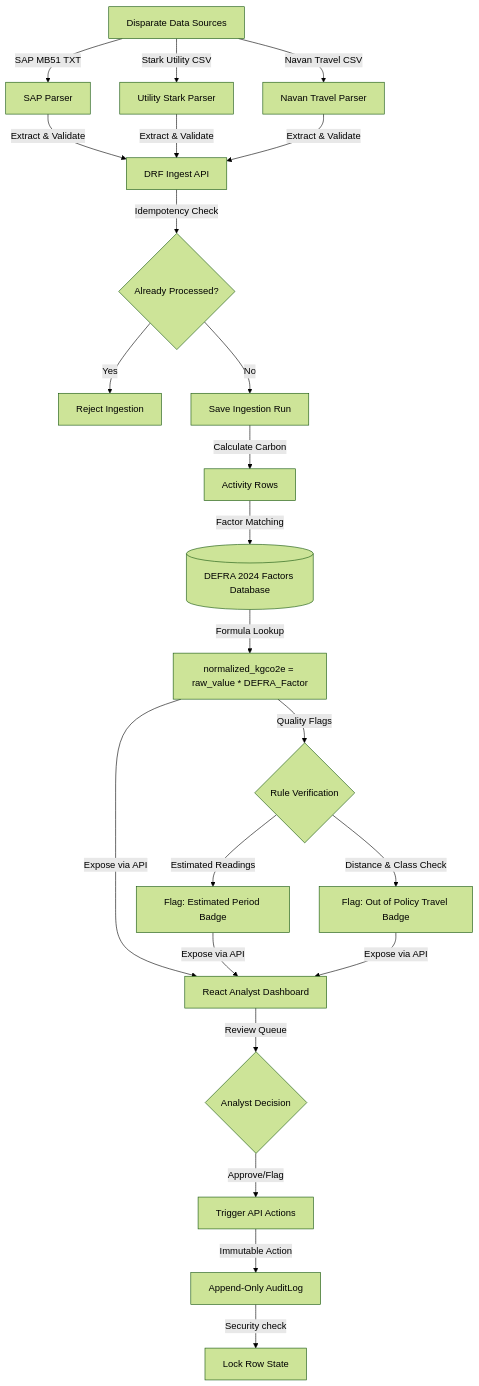
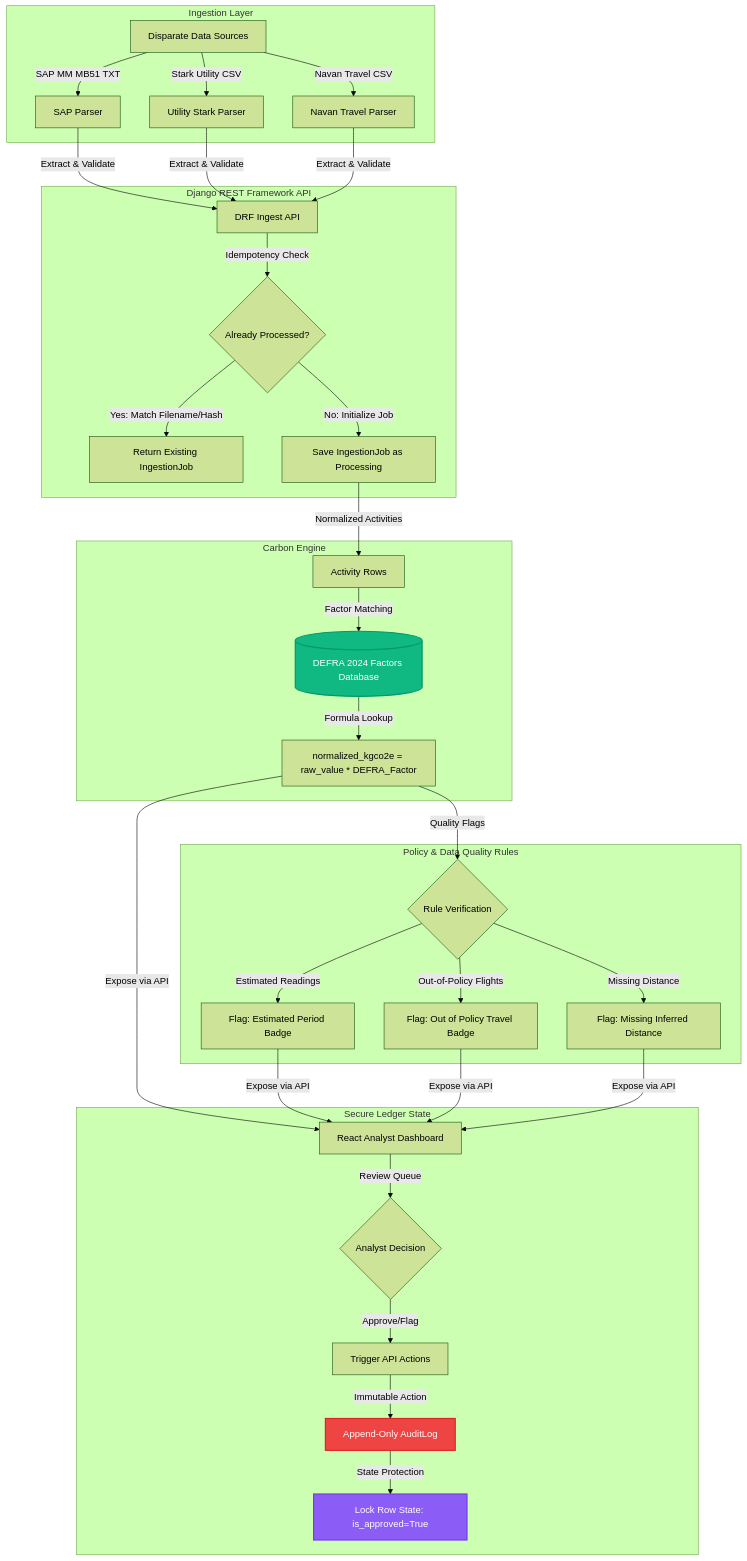
One commit to Manoj-0810/breathe-esg-analyst-portal changed the diagram in README.md. Above: the diagram before and after it, drawn with Mermaid (forest theme). The commit also changed other lines of this file, not shown here.

````diff
--- a/README.md
+++ b/README.md
@@ -13,26 +21,46 @@
 ```mermaid
 graph TD
-    A[Disparate Data Sources] -->|SAP MB51 TXT| B[SAP Parser]
-    A -->|Stark Utility CSV| C[Utility Stark Parser]
-    A -->|Navan Travel CSV| D[Navan Travel Parser]
-    
-    B & C & D -->|Extract & Validate| E[DRF Ingest API]
-    E -->|Idempotency Check| F{Already Processed?}
-    F -->|Yes| G[Reject Ingestion]
-    F -->|No| H[Save Ingestion Run]
-    
-    H -->|Calculate Carbon| I[Activity Rows]
-    I -->|Factor Matching| J[(DEFRA 2024 Factors Database)]
-    J -->|Formula Lookup| K[normalized_kgco2e = raw_value * DEFRA_Factor]
-    
-    K -->|Quality Flags| L{Rule Verification}
-    L -->|Estimated Readings| M[Flag: Estimated Period Badge]
-    L -->|Distance & Class Check| N[Flag: Out of Policy Travel Badge]
-    
-    K & M & N -->|Expose via API| O[React Analyst Dashboard]
-    
-    O -->|Review Queue| P{Analyst Decision}
-    P -->|Approve/Flag| Q[Trigger API Actions]
-    Q -->|Immutable Action| R[Append-Only AuditLog]
-    R -->|Security check| S[Lock Row State]
+    %% Ingestion Sources
+    subgraph Ingestion Layer
+        A[Disparate Data Sources] -->|SAP MM MB51 TXT| B[SAP Parser]
+        A -->|Stark Utility CSV| C[Utility Stark Parser]
+        A -->|Navan Travel CSV| D[Navan Travel Parser]
+    end
+
+    %% Ingestion API and DB Check
+    subgraph Django REST Framework API
+        B & C & D -->|Extract & Validate| E[DRF Ingest API]
+        E -->|Idempotency Check| F{Already Processed?}
+        F -->|Yes: Match Filename/Hash| G[Return Existing IngestionJob]
+        F -->|No: Initialize Job| H[Save IngestionJob as Processing]
+    end
+
+    %% Processing & Calculations
+    subgraph Carbon Engine
+        H -->|Normalized Activities| I[Activity Rows]
+        I -->|Factor Matching| J[(DEFRA 2024 Factors Database)]
+        J -->|Formula Lookup| K[normalized_kgco2e = raw_value * DEFRA_Factor]
+    end
+
+    %% Validation Rules
+    subgraph Policy & Data Quality Rules
+        K -->|Quality Flags| L{Rule Verification}
+        L -->|Estimated Readings| M[Flag: Estimated Period Badge]
+        L -->|Out-of-Policy Flights| N[Flag: Out of Policy Travel Badge]
+        L -->|Missing Distance| O[Flag: Missing Inferred Distance]
+    end
+
+    %% React Portal & Audit Logs
+    subgraph Secure Ledger State
+        K & M & N & O -->|Expose via API| P[React Analyst Dashboard]
+        P -->|Review Queue| Q{Analyst Decision}
+        Q -->|Approve/Flag| R[Trigger API Actions]
+        R -->|Immutable Action| S[Append-Only AuditLog]
+        S -->|State Protection| T[Lock Row State: is_approved=True]
+    end
+
+    %% Custom Styles
+    style J fill:#10b981,stroke:#059669,stroke-width:2px,color:#fff
+    style S fill:#ef4444,stroke:#dc2626,stroke-width:2px,color:#fff
+    style T fill:#8b5cf6,stroke:#7c3aed,stroke-width:2px,color:#fff
 ```
````
